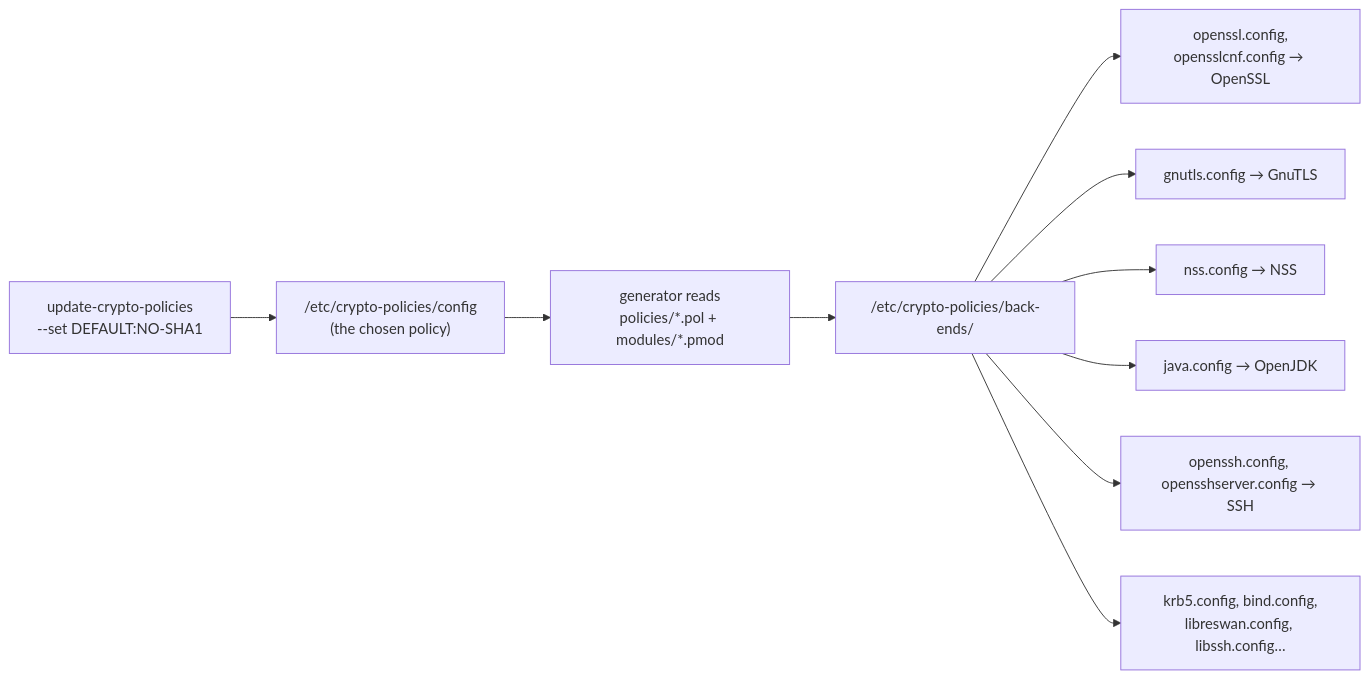
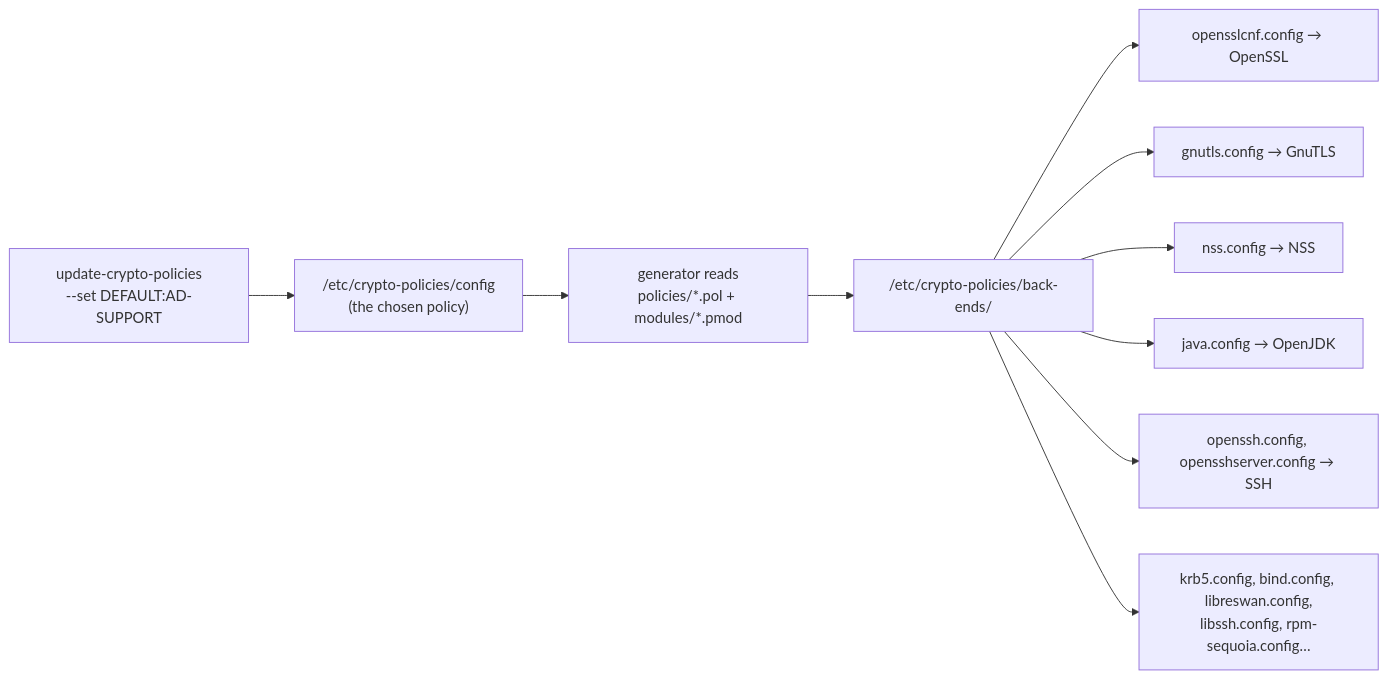
The fourth of 4 diagrams in content/33-tls-and-crypto-policies.md (ssimpson89/LinuxTrainingCourse), drawn with Mermaid before and after one commit. The commit also changed other lines of this file and 2 other files, not shown here.

````diff
--- a/content/33-tls-and-crypto-policies.md
+++ b/content/33-tls-and-crypto-policies.md
@@ -301,12 +301,12 @@
 ```mermaid
 flowchart LR
-    S["update-crypto-policies<br/>--set DEFAULT:NO-SHA1"] --> CFG["/etc/crypto-policies/config<br/>(the chosen policy)"]
+    S["update-crypto-policies<br/>--set DEFAULT:AD-SUPPORT"] --> CFG["/etc/crypto-policies/config<br/>(the chosen policy)"]
     CFG --> GEN["generator reads<br/>policies/*.pol + modules/*.pmod"]
     GEN --> BE["/etc/crypto-policies/back-ends/"]
-    BE --> O["openssl.config,<br/>opensslcnf.config → OpenSSL"]
+    BE --> O["opensslcnf.config → OpenSSL"]
     BE --> G["gnutls.config → GnuTLS"]
     BE --> N["nss.config → NSS"]
     BE --> J["java.config → OpenJDK"]
     BE --> H["openssh.config, opensshserver.config → SSH"]
-    BE --> K["krb5.config, bind.config,<br/>libreswan.config, libssh.config…"]
+    BE --> K["krb5.config, bind.config, libreswan.config,<br/>libssh.config, rpm-sequoia.config…"]
 ```
````
